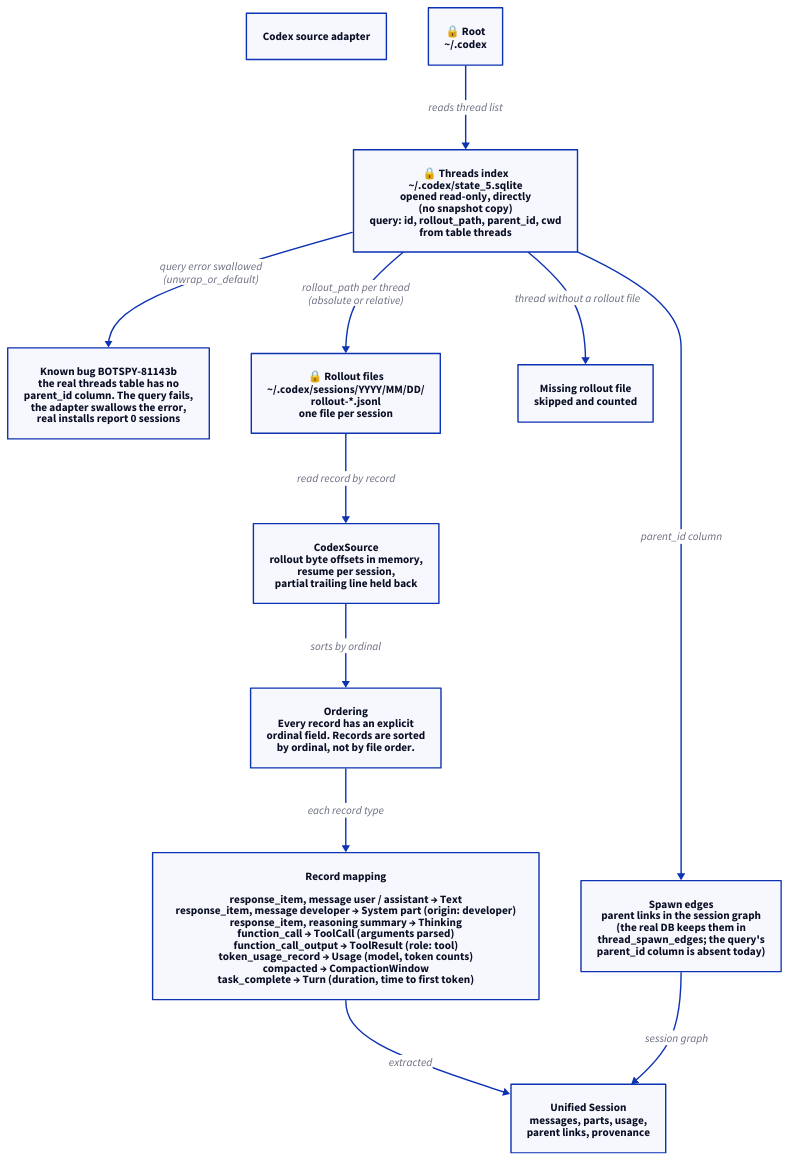
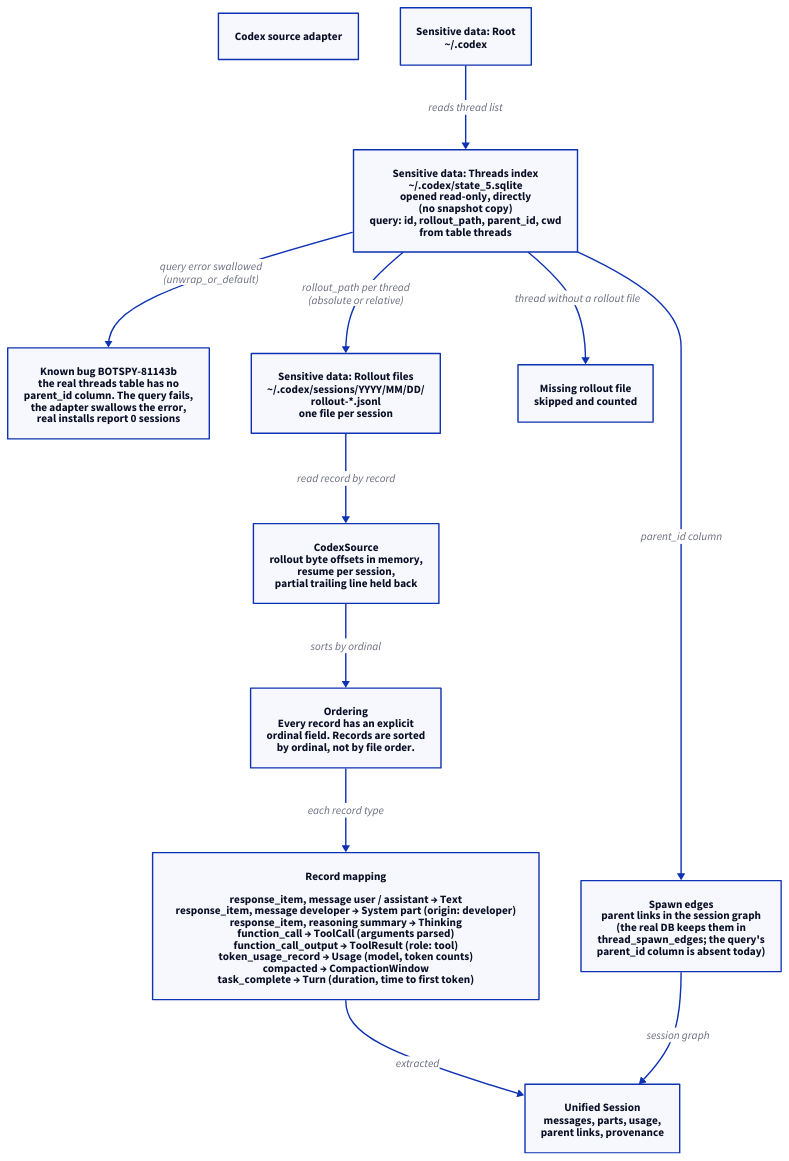
Before and after one commit to AnthusAI/BotSpy: the diagram in docs/diagrams/codex.d2, drawn with D2. The commit also changed 61 other files, not shown here.

First line of the commit message:
docs(diagrams): drop legends and lock icons; explicit sensitive-data labels; store in C4 context (#18)

```diff
--- a/docs/diagrams/codex.d2
+++ b/docs/diagrams/codex.d2
@@ -1,62 +1,62 @@
 title: Codex source adapter
 
 root: {
-  label: "🔒 Root\n~/.codex"
+  label: "Sensitive data: Root\n~/.codex"
   class: sensitive
 }
 
 index: {
-  label: "🔒 Threads index\n~/.codex/state_5.sqlite\nopened read-only, directly\n(no snapshot copy)\nquery: id, rollout_path, parent_id, cwd\nfrom table threads"
+  label: "Sensitive data: Threads index\n~/.codex/state_5.sqlite\nopened read-only, directly\n(no snapshot copy)\nquery: id, rollout_path, parent_id, cwd\nfrom table threads"
   class: sensitive
 }
 
 bug: {
   label: "Known bug BOTSPY-81143b\nthe real threads table has no\nparent_id column. The query fails,\nthe adapter swallows the error,\nreal installs report 0 sessions"
   class: tool
 }
 
 rollouts: {
-  label: "🔒 Rollout files\n~/.codex/sessions/YYYY/MM/DD/\nrollout-*.jsonl\none file per session"
+  label: "Sensitive data: Rollout files\n~/.codex/sessions/YYYY/MM/DD/\nrollout-*.jsonl\none file per session"
   class: sensitive
 }
 
 missing: {
   label: "Missing rollout file\nskipped and counted"
   class: tool
 }
 
 parents: {
   label: "Spawn edges\nparent links in the session graph\n(the real DB keeps them in\nthread_spawn_edges; the query's\nparent_id column is absent today)"
   class: tool
 }
 
 adapter: {
   label: "CodexSource\nrollout byte offsets in memory,\nresume per session,\npartial trailing line held back"
   class: tool
 }
 
 ordering: {
   label: "Ordering\nEvery record has an explicit\nordinal field. Records are sorted\nby ordinal, not by file order."
   class: tool
 }
 
 mapping: {
   label: "Record mapping\n\nresponse_item, message user / assistant → Text\nresponse_item, message developer       → System part (origin: developer)\nresponse_item, reasoning summary       → Thinking\nfunction_call                          → ToolCall (arguments parsed)\nfunction_call_output                   → ToolResult (role: tool)\ntoken_usage_record                     → Usage (model, token counts)\ncompacted                              → CompactionWindow\ntask_complete                         → Turn (duration, time to first token)"
   class: tool
 }
 
 session: {
   label: "Unified Session\nmessages, parts, usage,\nparent links, provenance"
   class: tool
 }
 
 root -> index: "reads thread list"
 index -> rollouts: "rollout_path per thread\n(absolute or relative)"
 rollouts -> adapter: "read record by record"
 index -> missing: "thread without a rollout file"
 index -> bug: "query error swallowed\n(unwrap_or_default)"
 adapter -> ordering: "sorts by ordinal"
 ordering -> mapping: "each record type"
 mapping -> session: "extracted"
 index -> parents: "parent_id column"
 parents -> session: "session graph"
```
